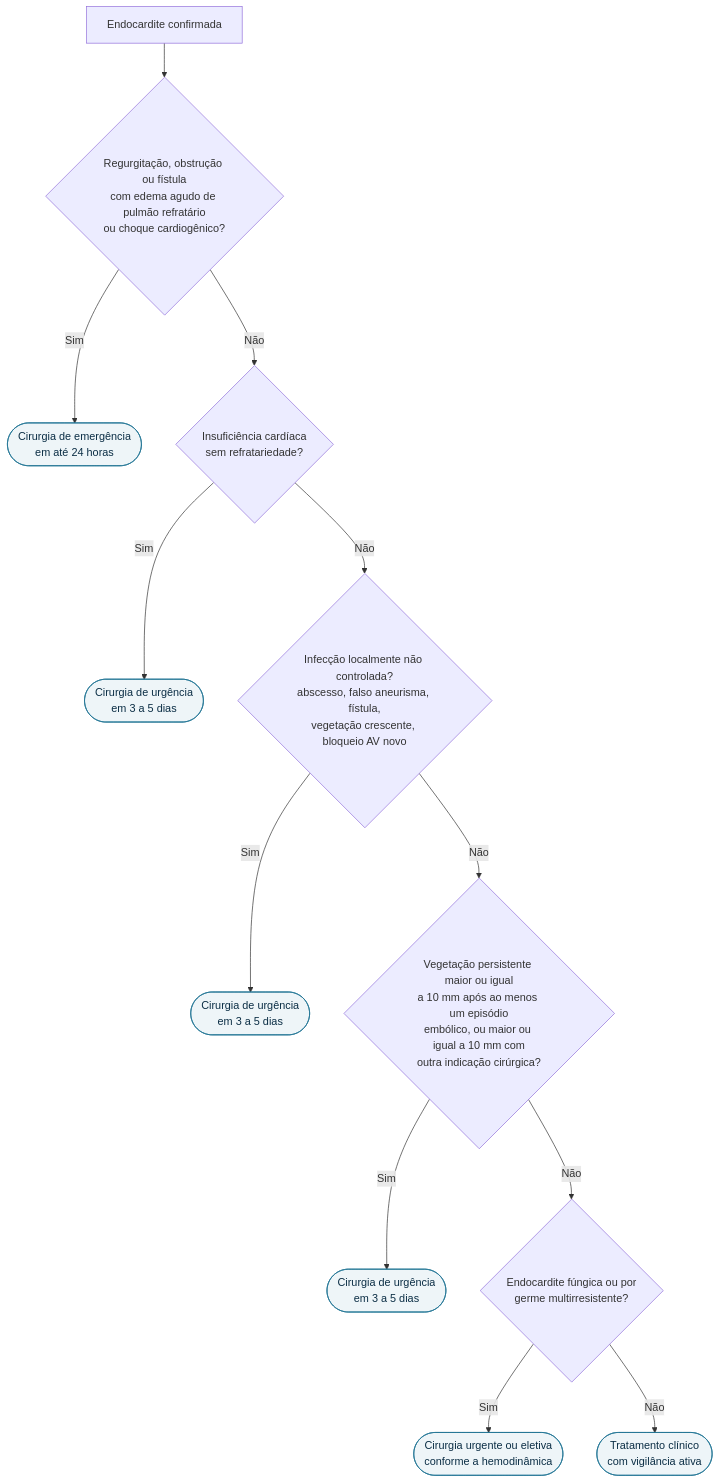
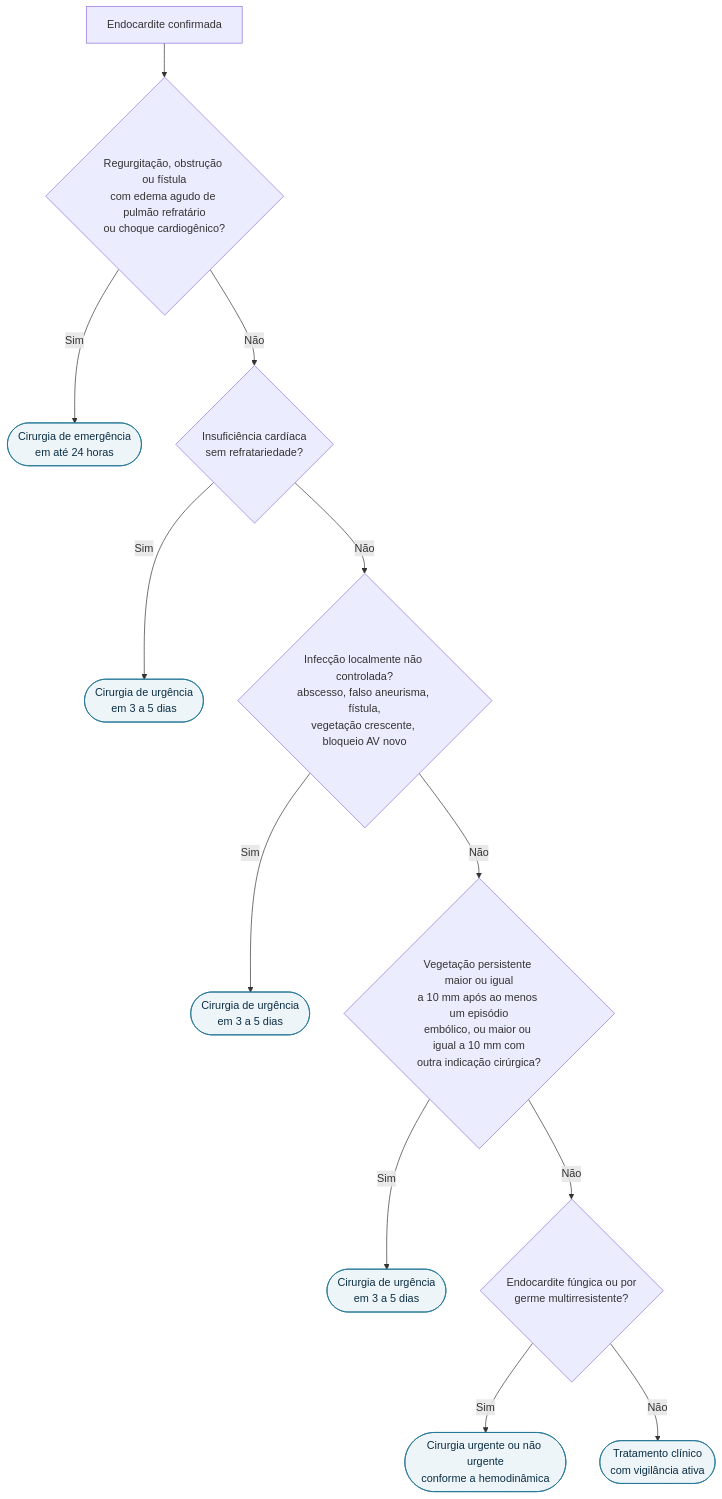
One commit to rafaelpaesmeirelles/MeuCardio changed the second of 2 diagrams in content/Endocardite/fluxograma-endocardite-infecciosa-esc-2023.md. Above: the diagram before and after it, drawn with Mermaid. The commit also changed other lines of this file and 26 other files, not shown here.

````diff
--- a/content/Endocardite/fluxograma-endocardite-infecciosa-esc-2023.md
+++ b/content/Endocardite/fluxograma-endocardite-infecciosa-esc-2023.md
@@ -68,26 +69,26 @@
 ```mermaid
 flowchart TD
   R0["Endocardite confirmada"] --> D1{"Regurgitação, obstrução ou fístula<br/>com edema agudo de pulmão refratário<br/>ou choque cardiogênico?"}
 
   D1 -->|Sim| C1(["Cirurgia de emergência<br/>em até 24 horas"])
 
   D1 -->|Não| D2{"Insuficiência cardíaca<br/>sem refratariedade?"}
 
   D2 -->|Sim| C2(["Cirurgia de urgência<br/>em 3 a 5 dias"])
 
   D2 -->|Não| D3{"Infecção localmente não controlada?<br/>abscesso, falso aneurisma, fístula,<br/>vegetação crescente, bloqueio AV novo"}
 
   D3 -->|Sim| C3(["Cirurgia de urgência<br/>em 3 a 5 dias"])
 
   D3 -->|Não| D4{"Vegetação persistente maior ou igual<br/>a 10 mm após ao menos um episódio<br/>embólico, ou maior ou igual a 10 mm com<br/>outra indicação cirúrgica?"}
 
   D4 -->|Sim| C4(["Cirurgia de urgência<br/>em 3 a 5 dias"])
 
   D4 -->|Não| D5{"Endocardite fúngica ou por<br/>germe multirresistente?"}
 
-  D5 -->|Sim| C5(["Cirurgia urgente ou eletiva<br/>conforme a hemodinâmica"])
+  D5 -->|Sim| C5(["Cirurgia urgente ou não urgente<br/>conforme a hemodinâmica"])
   D5 -->|Não| C6(["Tratamento clínico<br/>com vigilância ativa"])
 
   classDef conduta fill:#eef5f8,stroke:#1c7293,color:#0b2e45;
   class C1,C2,C3,C4,C5,C6 conduta;
 ```
````
